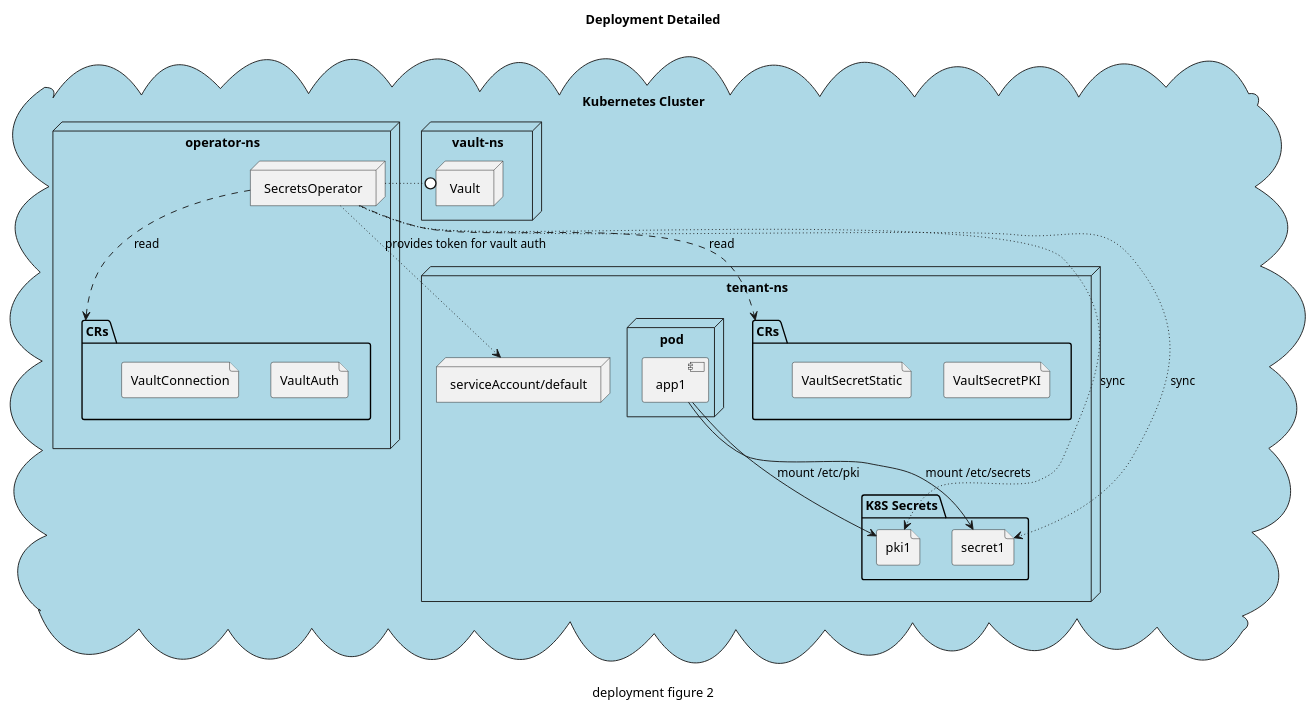
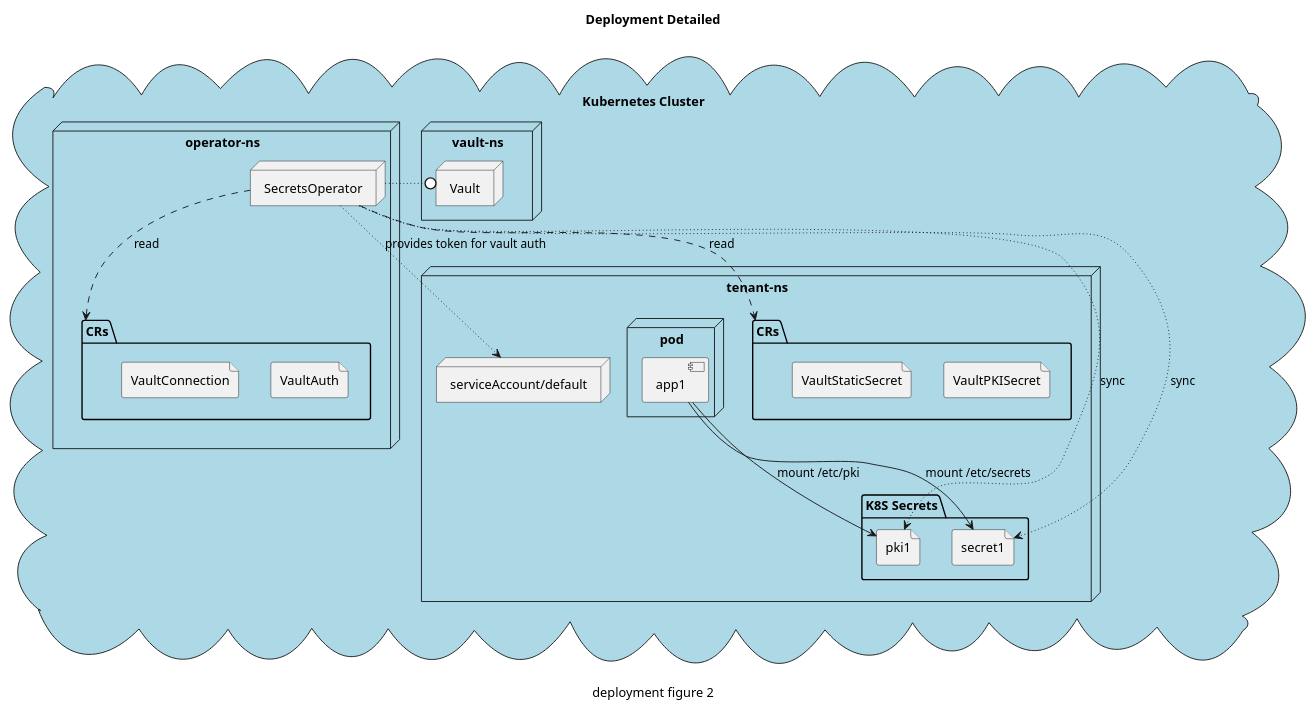
One commit to hashicorp/vault-secrets-operator changed the third of 4 diagrams in docs/diags/deployment.puml. Above: the diagram before and after it, drawn with PlantUML. The commit also changed 26 other files, not shown here.

```diff
--- a/docs/diags/deployment.puml
+++ b/docs/diags/deployment.puml
@@ -77,40 +77,40 @@
 @startuml
 title Deployment Detailed
 cloud "Kubernetes Cluster"#LightBlue {
     node vault-ns {
         node Vault as vault
     }
     node operator-ns {
         folder CRs as crs1 {
             file "VaultAuth" as auth
             file "VaultConnection" as conn
         }
         node SecretsOperator as operator
     }
 
     operator -[dashed]-> crs1 : read
     operator -[dotted]0 vault
 
     node tenant-ns {
         node "serviceAccount/default" as sa
         folder CRs {
-            file "VaultSecretPKI"
-            file "VaultSecretStatic"
+            file "VaultPKISecret"
+            file "VaultStaticSecret"
         }
         folder "K8S Secrets" {
             file "pki1" as pki1
             file "secret1" as secret1
         }
         node pod as pod1 {
             component app1
         }
         app1 --> pki1 : mount /etc/pki
         app1 --> secret1 : mount /etc/secrets
     }
     operator -[dashed]-> CRs : read
     operator -[dotted]-> pki1 : sync
     operator -[dotted]-> secret1 : sync
     operator -[dotted]-> sa : provides token for vault auth
 }
 caption deployment figure 2
 @enduml
```
